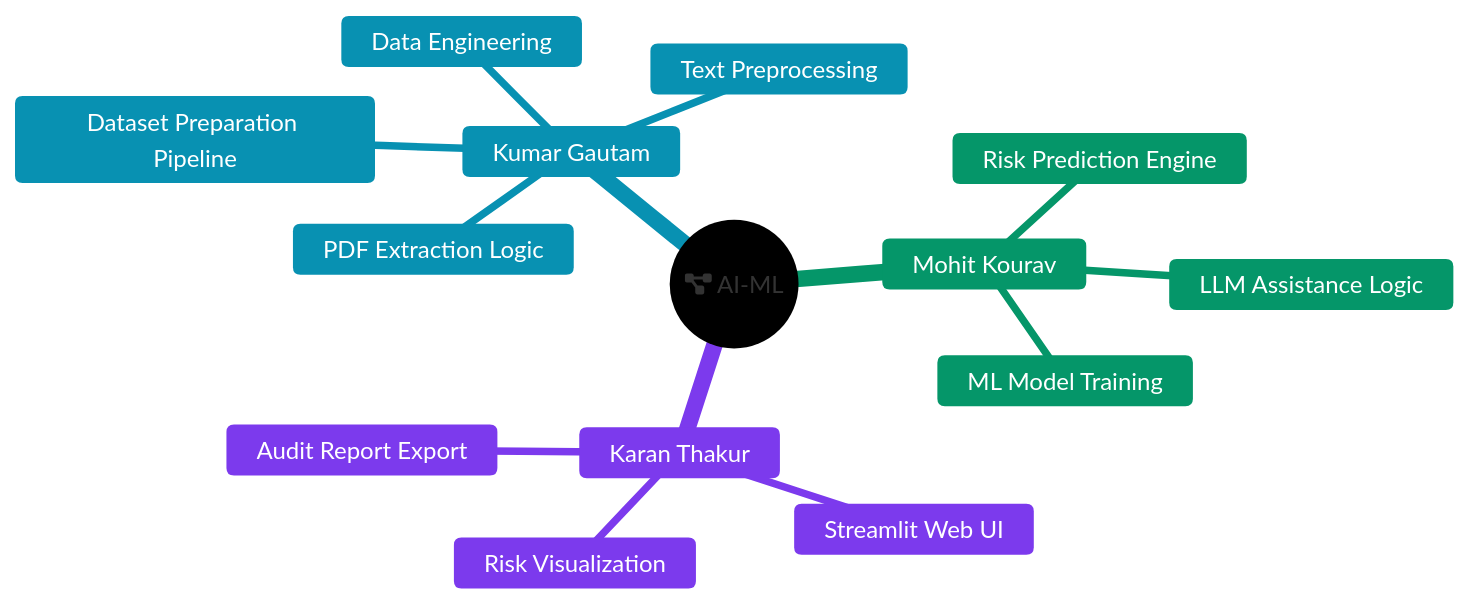
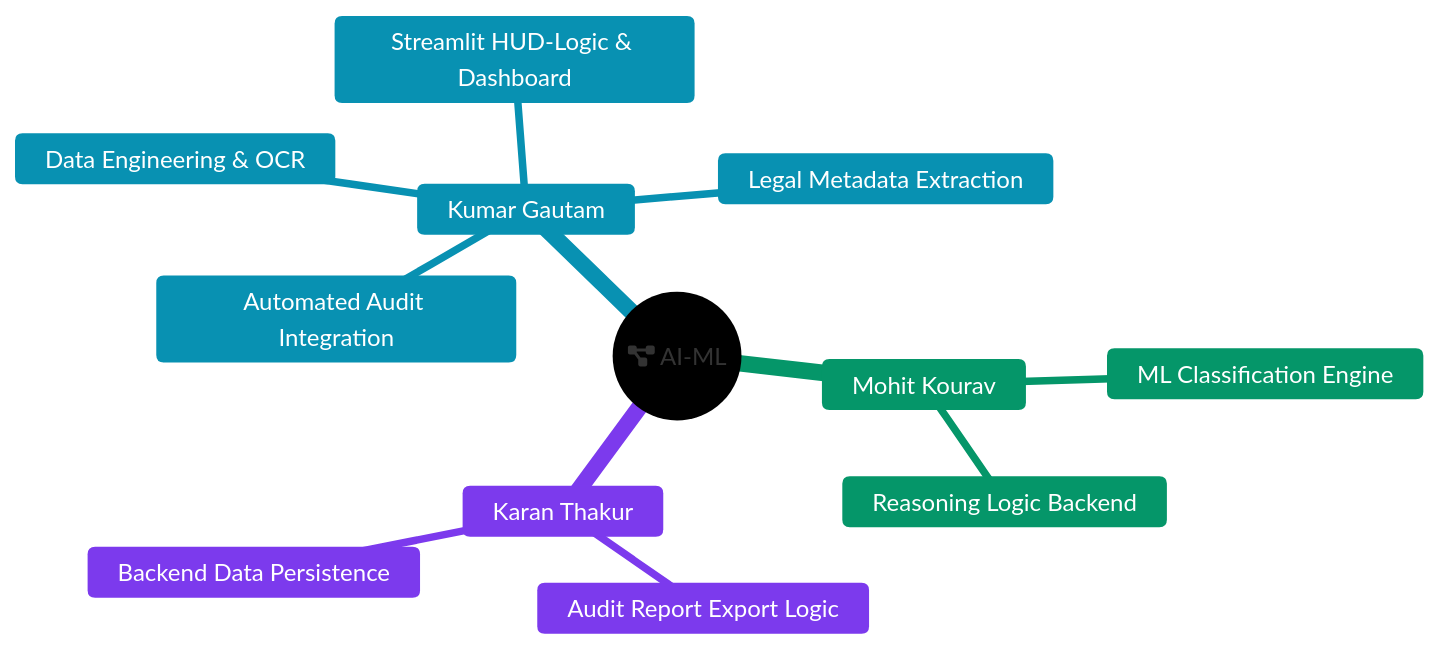
One commit to Gautam-Bharadwaj/AI-ML-PROJECT-26 changed the fourth of 4 diagrams in WORKFLOW.md. Above: the diagram before and after it, drawn with Mermaid.

Commit message:
docs: refine system architecture and team responsibility maps in workflow

````diff
--- a/WORKFLOW.md
+++ b/WORKFLOW.md
@@ -56,38 +56,36 @@
 ```mermaid
 %%{init: {
   'theme': 'base',
   'themeVariables': {
     'primaryColor': '#1f2937',
     'textColor': '#ffffff',
     'mainBkg': '#1f2937',
     'nodeTextColor': '#ffffff',
     'cScale0': '#4f46e5',
     'cScale1': '#0891b2',
     'cScale2': '#059669',
     'cScaleLabel0': '#ffffff',
     'cScaleLabel1': '#ffffff',
     'cScaleLabel2': '#ffffff',
     'cScale3': '#7c3aed',
     'cScaleLabel3': '#ffffff'
   }
 }}%%
 mindmap
   root((fa:fa-project-diagram AI-ML))
     ::icon(fa fa-users)
     Kumar Gautam
-      ::icon(fa fa-database)
-      Data Engineering
-      PDF Extraction Logic
-      Text Preprocessing
-      Dataset Preparation Pipeline
+      ::icon(fa fa-desktop)
+      Data Engineering & OCR
+      Legal Metadata Extraction
+      Streamlit HUD-Logic & Dashboard
+      Automated Audit Integration
     Mohit Kourav
       ::icon(fa fa-brain)
-      ML Model Training
-      Risk Prediction Engine
-      LLM Assistance Logic
+      ML Classification Engine
+      Reasoning Logic Backend
     Karan Thakur
-      ::icon(fa fa-desktop)
-      Streamlit Web UI
-      Risk Visualization
-      Audit Report Export
+      ::icon(fa fa-file-export)
+      Audit Report Export Logic
+      Backend Data Persistence
 ```
````
